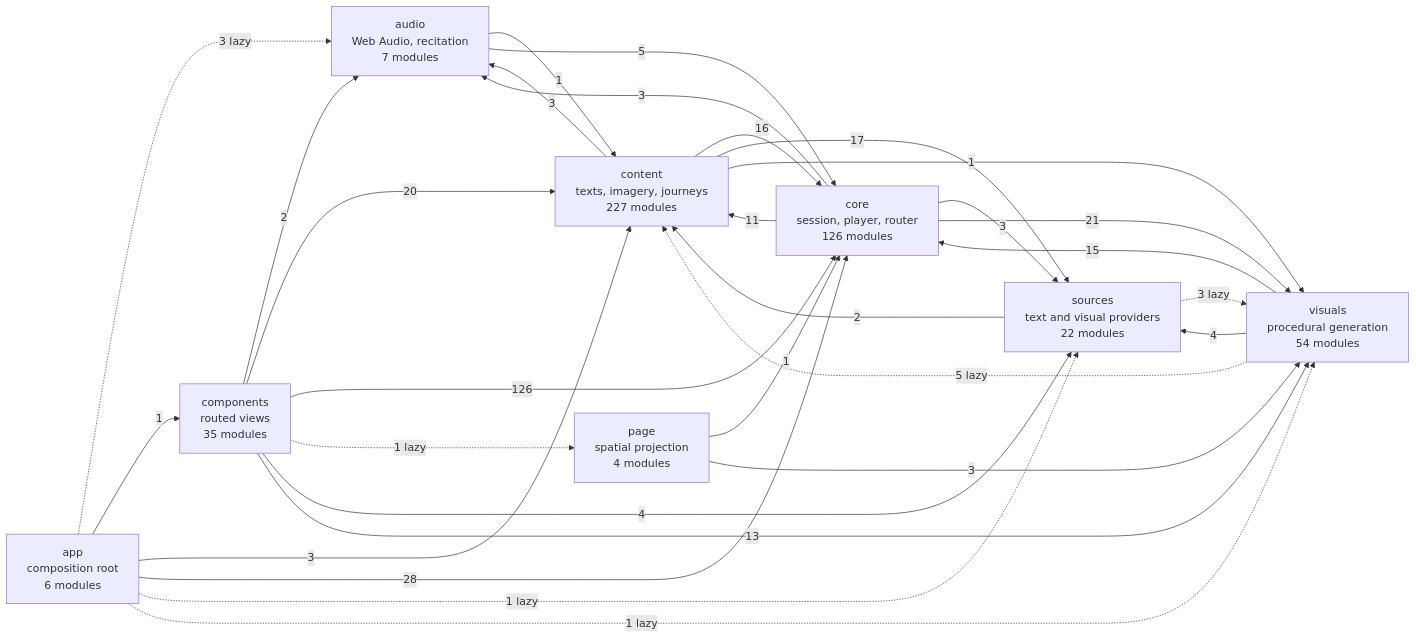
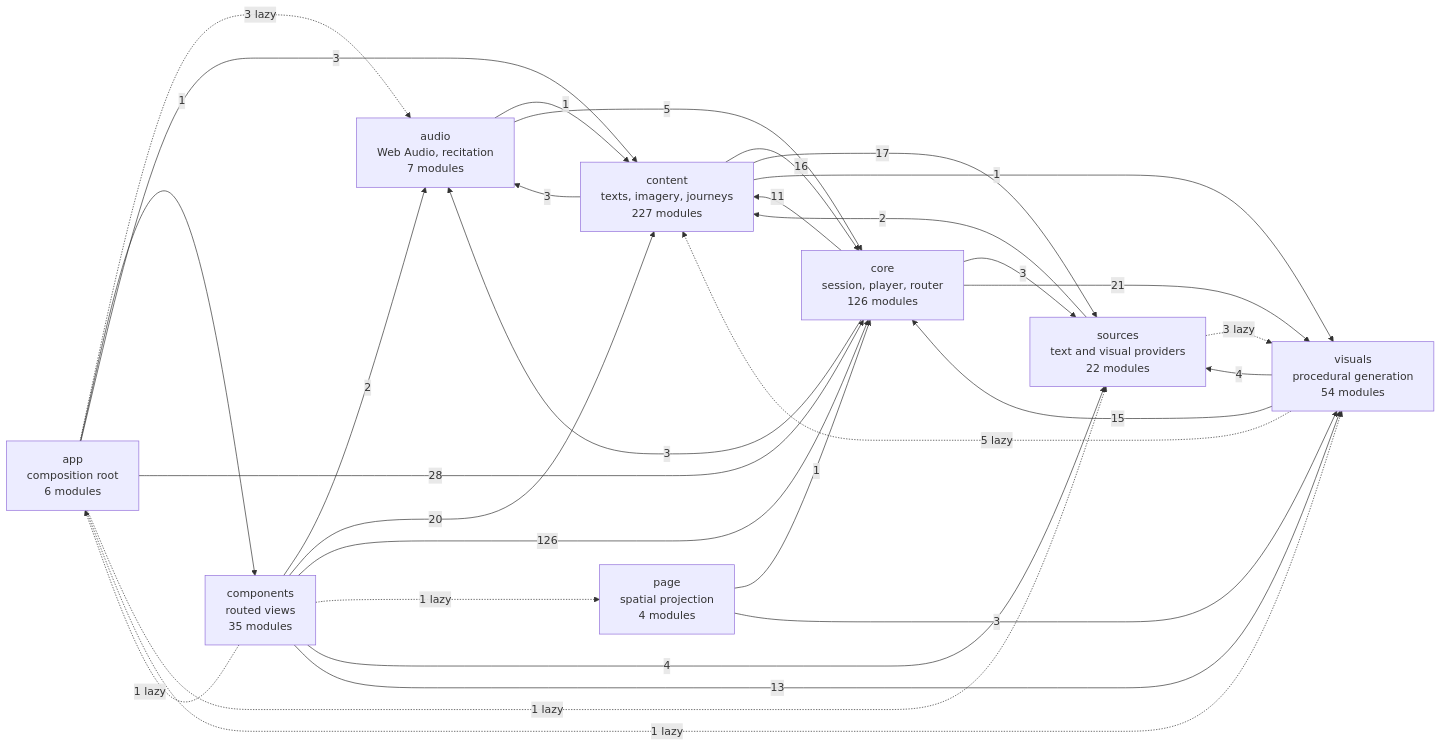
The diagram in docs/specs/ARCHITECTURE.md (SyberLabs/RISE), drawn with Mermaid before and after one commit. The commit also changed 1 other file, not shown here.

Commit message:
Index Jev evaluation and refresh architecture diagram

````diff
--- a/docs/specs/ARCHITECTURE.md
+++ b/docs/specs/ARCHITECTURE.md
@@ -160,41 +160,42 @@
 ```mermaid
 flowchart LR
     app["app<br/>composition root<br/>6 modules"]
     audio["audio<br/>Web Audio, recitation<br/>7 modules"]
     components["components<br/>routed views<br/>35 modules"]
     content["content<br/>texts, imagery, journeys<br/>227 modules"]
     core["core<br/>session, player, router<br/>126 modules"]
     page["page<br/>spatial projection<br/>4 modules"]
     sources["sources<br/>text and visual providers<br/>22 modules"]
     visuals["visuals<br/>procedural generation<br/>54 modules"]
 
     app -.-> |3 lazy| audio
     app --> |1| components
     app --> |3| content
     app --> |28| core
     app -.-> |1 lazy| sources
     app -.-> |1 lazy| visuals
     audio --> |1| content
     audio --> |5| core
+    components -.-> |1 lazy| app
     components --> |2| audio
     components --> |20| content
     components --> |126| core
     components -.-> |1 lazy| page
     components --> |4| sources
     components --> |13| visuals
     content --> |3| audio
     content --> |16| core
     content --> |17| sources
     content --> |1| visuals
     core --> |3| audio
     core --> |11| content
     core --> |3| sources
     core --> |21| visuals
     page --> |1| core
     page --> |3| visuals
     sources --> |2| content
     sources -.-> |3 lazy| visuals
     visuals -.-> |5 lazy| content
     visuals --> |15| core
     visuals --> |4| sources
 ```
````
